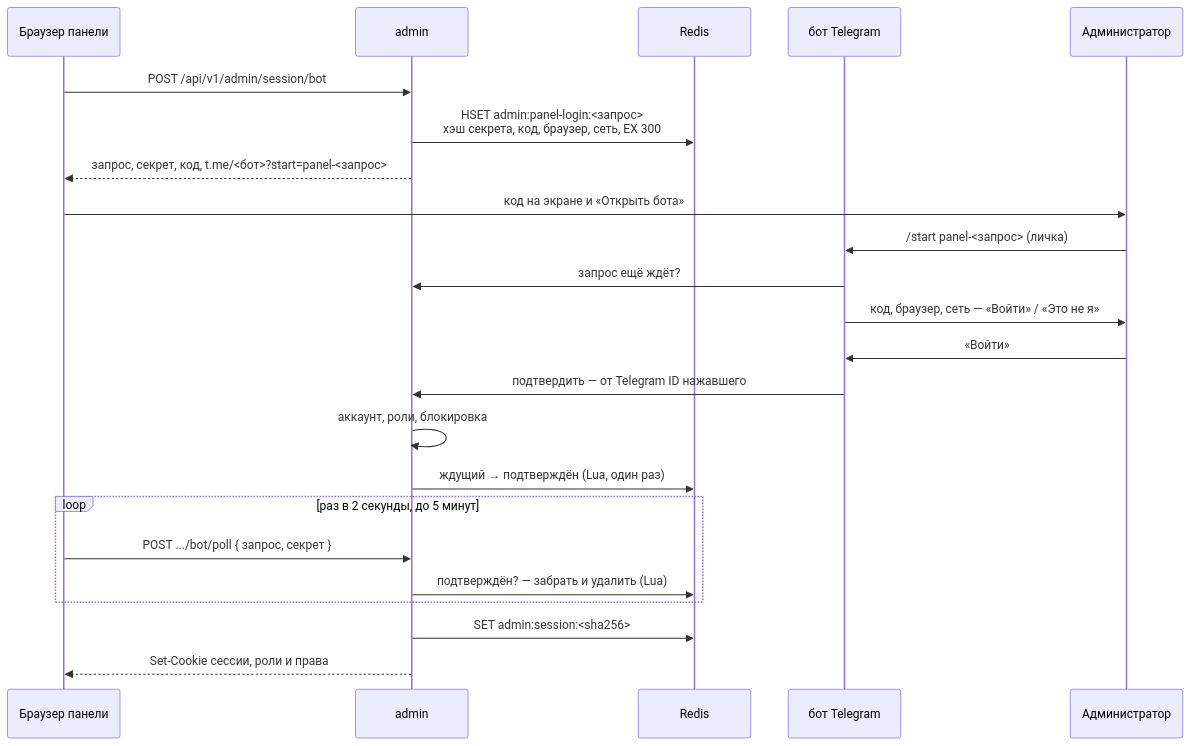
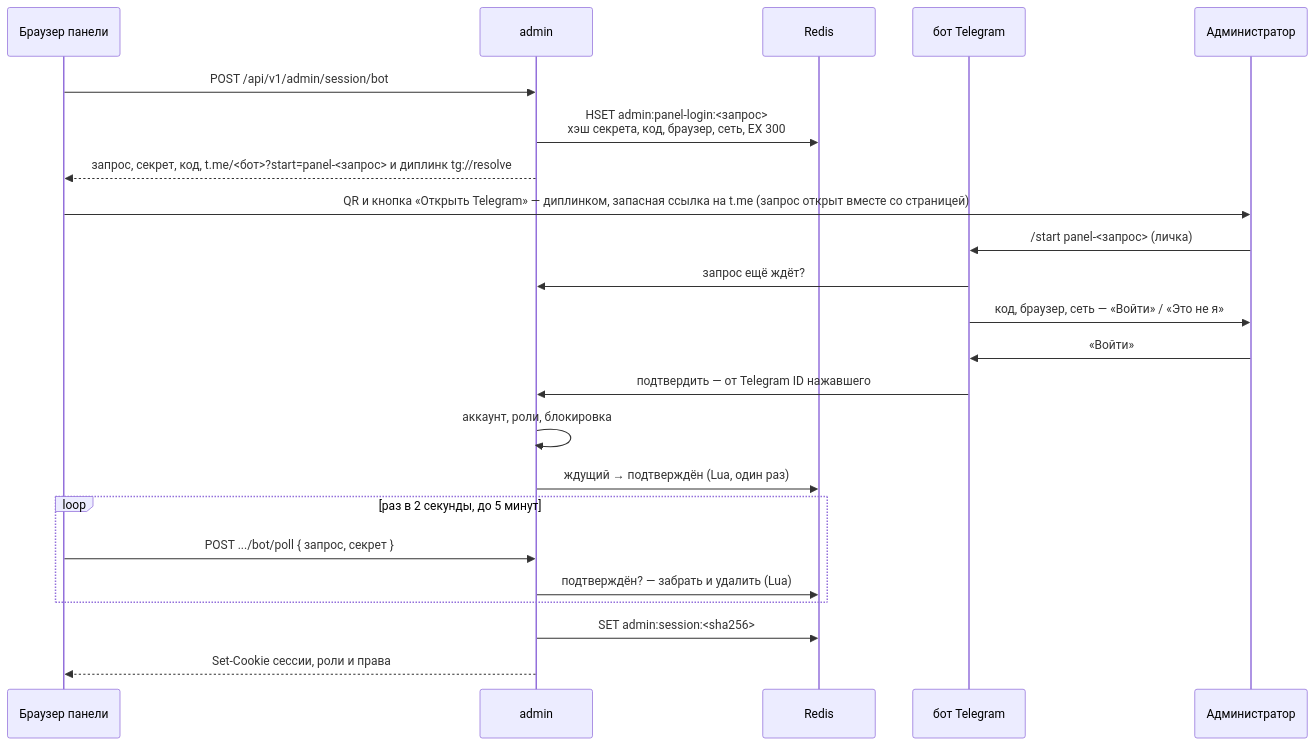
Before and after one commit to JJSGxKD/rubezh: diagram 29 of 40 in docs/21-diagrams.md, drawn with Mermaid. The commit also changed other lines of this file and 2 other files, not shown here.

Commit message:
docs: Вход по QR, возврат звёзд и лист «Перед забегом»
README и docs/21 описывали вход до T-0056, подпись §4.24 — до ответа на повтор в T-0024, WP23 — шаг бустов до T-0044.

````diff
--- a/docs/21-diagrams.md
+++ b/docs/21-diagrams.md
@@ -2856,26 +2856,26 @@
 ```mermaid
 sequenceDiagram
     participant B as Браузер панели
     participant AD as admin
     participant R as Redis
     participant BOT as бот Telegram
     participant A as Администратор
 
     B->>AD: POST /api/v1/admin/session/bot
     AD->>R: HSET admin:panel-login:<запрос><br/>хэш секрета, код, браузер, сеть, EX 300
-    AD-->>B: запрос, секрет, код, t.me/<бот>?start=panel-<запрос>
-    B->>A: код на экране и «Открыть бота»
+    AD-->>B: запрос, секрет, код, t.me/<бот>?start=panel-<запрос> и диплинк tg://resolve
+    B->>A: QR и кнопка «Открыть Telegram» — диплинком, запасная ссылка на t.me (запрос открыт вместе со страницей)
     A->>BOT: /start panel-<запрос> (личка)
     BOT->>AD: запрос ещё ждёт?
     BOT->>A: код, браузер, сеть — «Войти» / «Это не я»
     A->>BOT: «Войти»
     BOT->>AD: подтвердить — от Telegram ID нажавшего
     AD->>AD: аккаунт, роли, блокировка
     AD->>R: ждущий → подтверждён (Lua, один раз)
     loop раз в 2 секунды, до 5 минут
         B->>AD: POST .../bot/poll { запрос, секрет }
         AD->>R: подтверждён? — забрать и удалить (Lua)
     end
     AD->>R: SET admin:session:<sha256>
     AD-->>B: Set-Cookie сессии, роли и права
 ```
````
